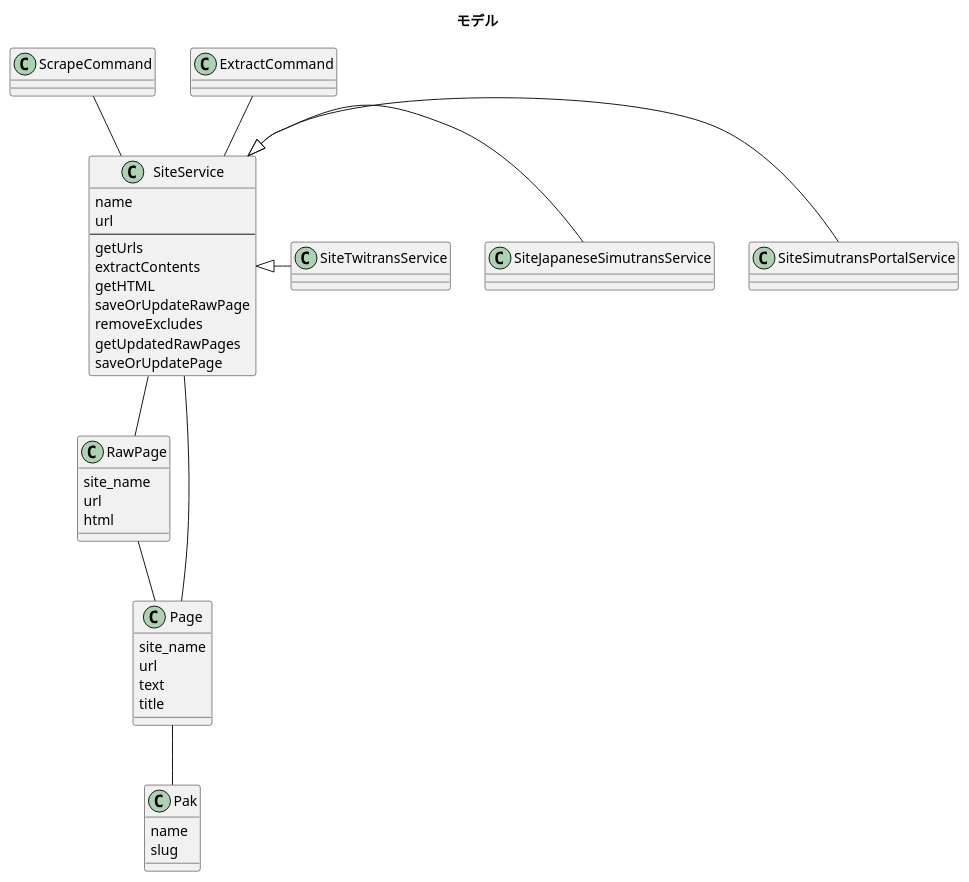
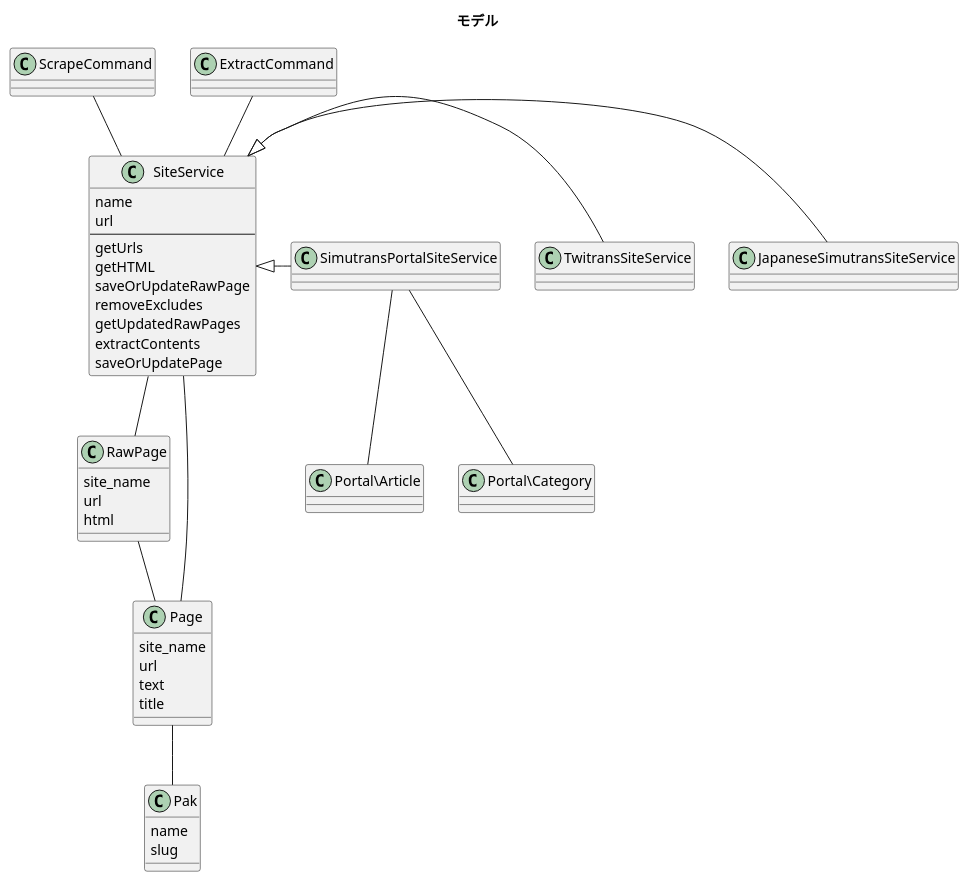
The diagram in doc/domain.pu (128na/SimutransCrossSearch), drawn with PlantUML before and after one commit. The commit also changed 51 other files, not shown here.

```diff
--- a/doc/domain.pu
+++ b/doc/domain.pu
@@ -1,44 +1,48 @@
 @startuml
 title モデル
 class SiteService{
   name
   url
   ---
   getUrls
-  extractContents
   getHTML
   saveOrUpdateRawPage
   removeExcludes
   getUpdatedRawPages
+  extractContents
   saveOrUpdatePage
 }
 class RawPage{
   site_name
   url
   html
 }
 class Page{
   site_name
   url
   text
   title
 }
 class Pak{
   name
   slug
 }
-class SiteSimutransPortalService
-class SiteJapaneseSimutransService
-class SiteTwitransService
+class SimutransPortalSiteService
+class JapaneseSimutransSiteService
+class TwitransSiteService
 class ScrapeCommand
 class ExtractCommand
+class Portal\Article
+class Portal\Category
 ScrapeCommand -- SiteService
 ExtractCommand -- SiteService
 SiteService -- RawPage
 SiteService -- Page
 RawPage -- Page
 Page -- Pak
-SiteService <|- SiteSimutransPortalService
-SiteService <|- SiteJapaneseSimutransService
-SiteService <|- SiteTwitransService
+SiteService <|- JapaneseSimutransSiteService
+SiteService <|- TwitransSiteService
+SiteService <|- SimutransPortalSiteService
+SimutransPortalSiteService -- Portal\Article
+SimutransPortalSiteService -- Portal\Category
 @enduml
```
